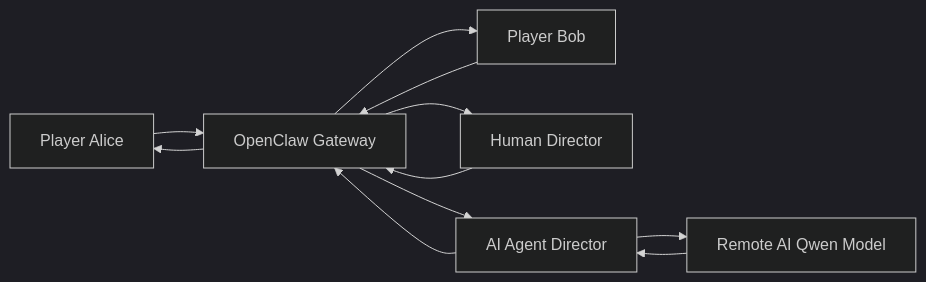
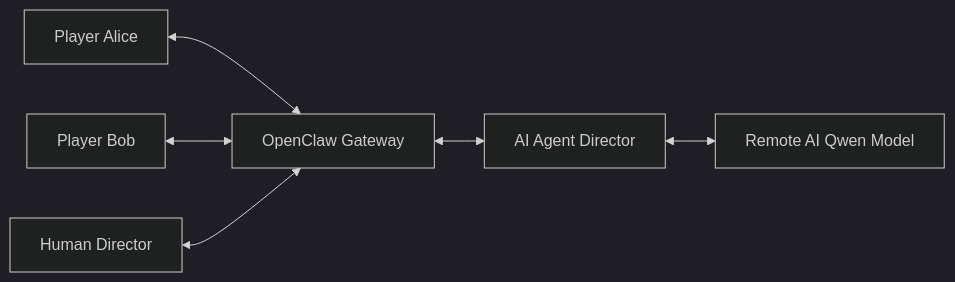
Before and after one commit to kandeng/openclaw-for-game: the second of 2 diagrams in README.md, drawn with Mermaid (dark theme). The commit also changed other lines of this file, not shown here.

Commit message:
fix: repair Mermaid diagrams for GitHub rendering

````diff
--- a/README.md
+++ b/README.md
@@ -116,13 +116,8 @@
 ```mermaid
 graph LR
-    A[Player Alice] --> G[OpenClaw Gateway]
-    G --> A
-    B[Player Bob] --> G
-    G --> B
-    C[Human Director] --> G
-    G --> C
-    G --> D[AI Agent Director]
-    D --> E[Remote AI Qwen Model]
-    E --> D
-    D --> G
+    A[Player Alice] <--> G[OpenClaw Gateway]
+    B[Player Bob] <--> G
+    C[Human Director] <--> G
+    G <--> D[AI Agent Director]
+    D <--> E[Remote AI Qwen Model]
 ```
````
